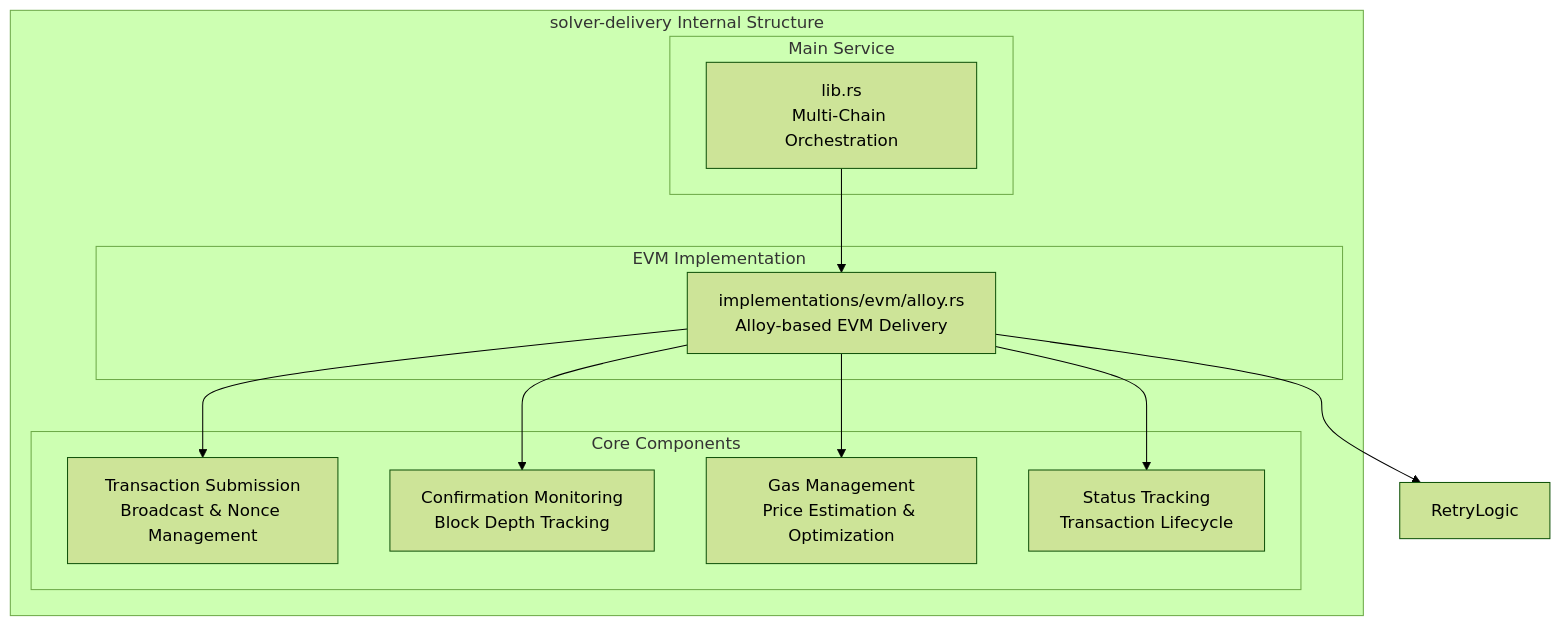
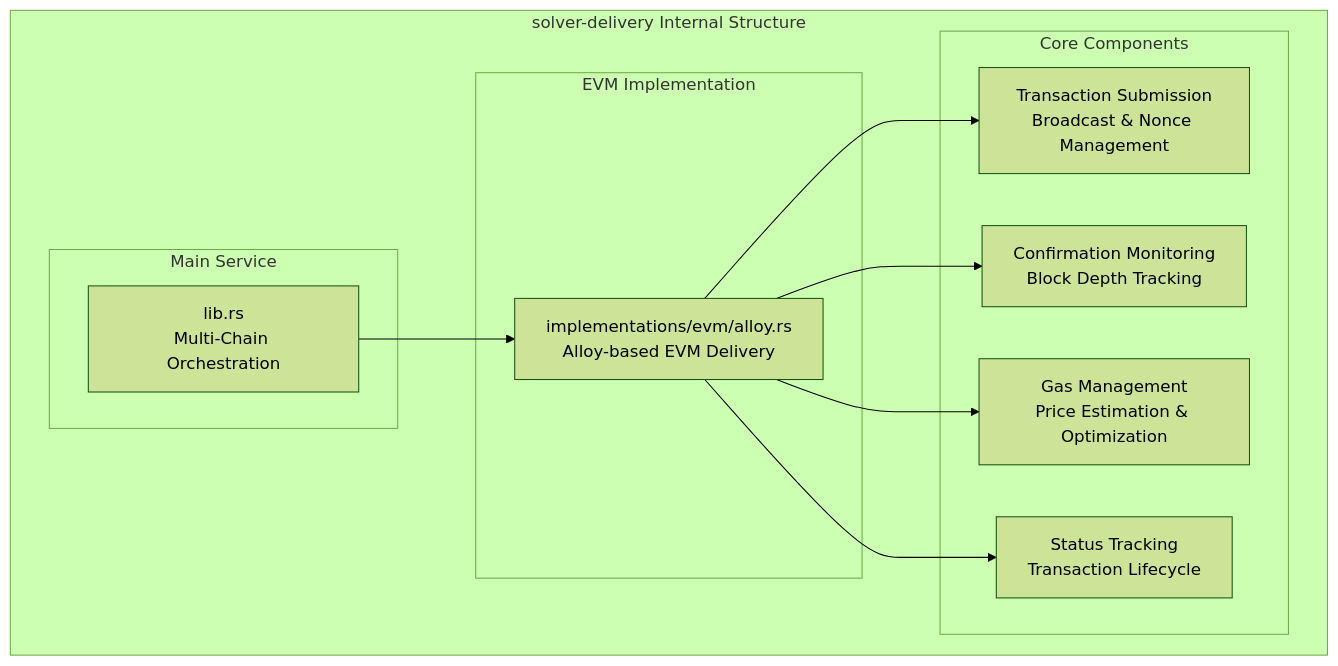
One commit to openintentsframework/oif-solver changed the first of 2 diagrams in docs/developer/crates/solver-delivery.md. Above: the diagram before and after it, drawn with Mermaid (forest theme). The commit also changed other lines of this file, not shown here.

Commit message:
docs: Remove retry references

````diff
--- a/docs/developer/crates/solver-delivery.md
+++ b/docs/developer/crates/solver-delivery.md
@@ -9,26 +9,25 @@
 ```mermaid
 graph TB
     subgraph "solver-delivery Internal Structure"
         subgraph "Main Service"
             DeliveryService[lib.rs<br/>Multi-Chain Orchestration]
         end
 
         subgraph "EVM Implementation"
             AlloyImpl[implementations/evm/alloy.rs<br/>Alloy-based EVM Delivery]
         end
 
         subgraph "Core Components"
             TxSubmission[Transaction Submission<br/>Broadcast & Nonce Management]
             ConfirmationMonitor[Confirmation Monitoring<br/>Block Depth Tracking]
             GasOptimization[Gas Management<br/>Price Estimation & Optimization]
             StateTracking[Status Tracking<br/>Transaction Lifecycle]
         end
     end
 
     DeliveryService --> AlloyImpl
     AlloyImpl --> TxSubmission
     AlloyImpl --> ConfirmationMonitor
     AlloyImpl --> GasOptimization
-    AlloyImpl --> RetryLogic
     AlloyImpl --> StateTracking
 ```
````
